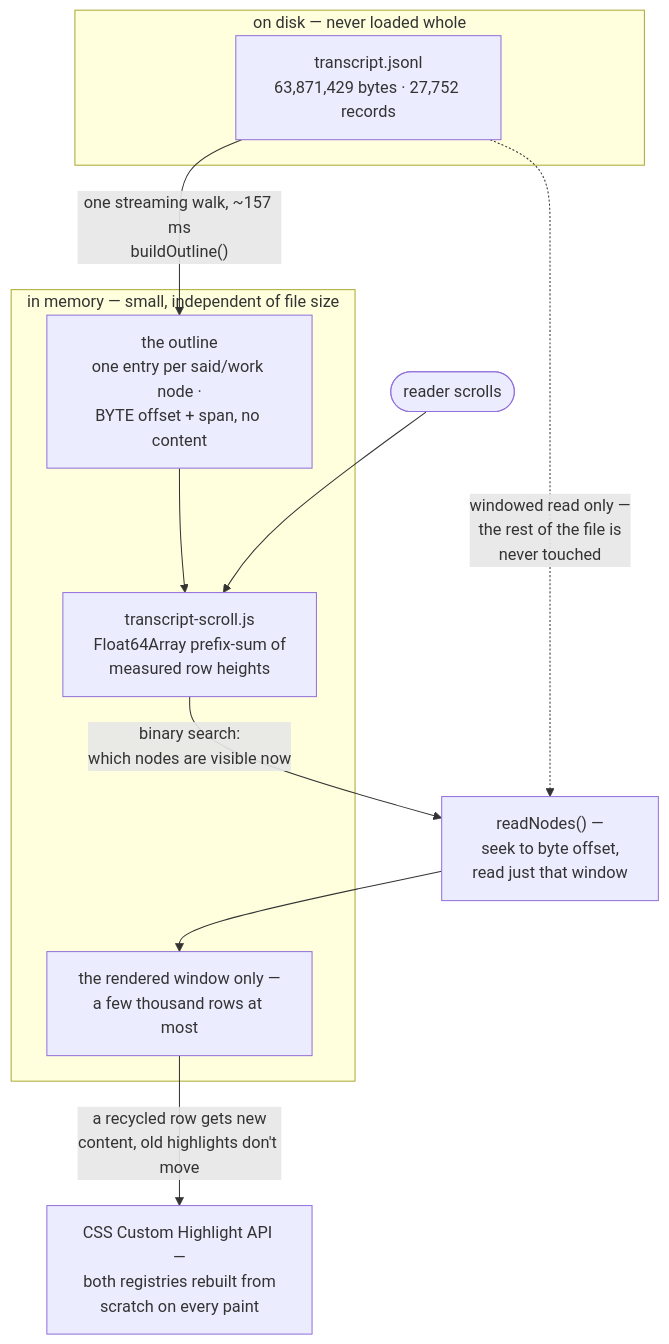
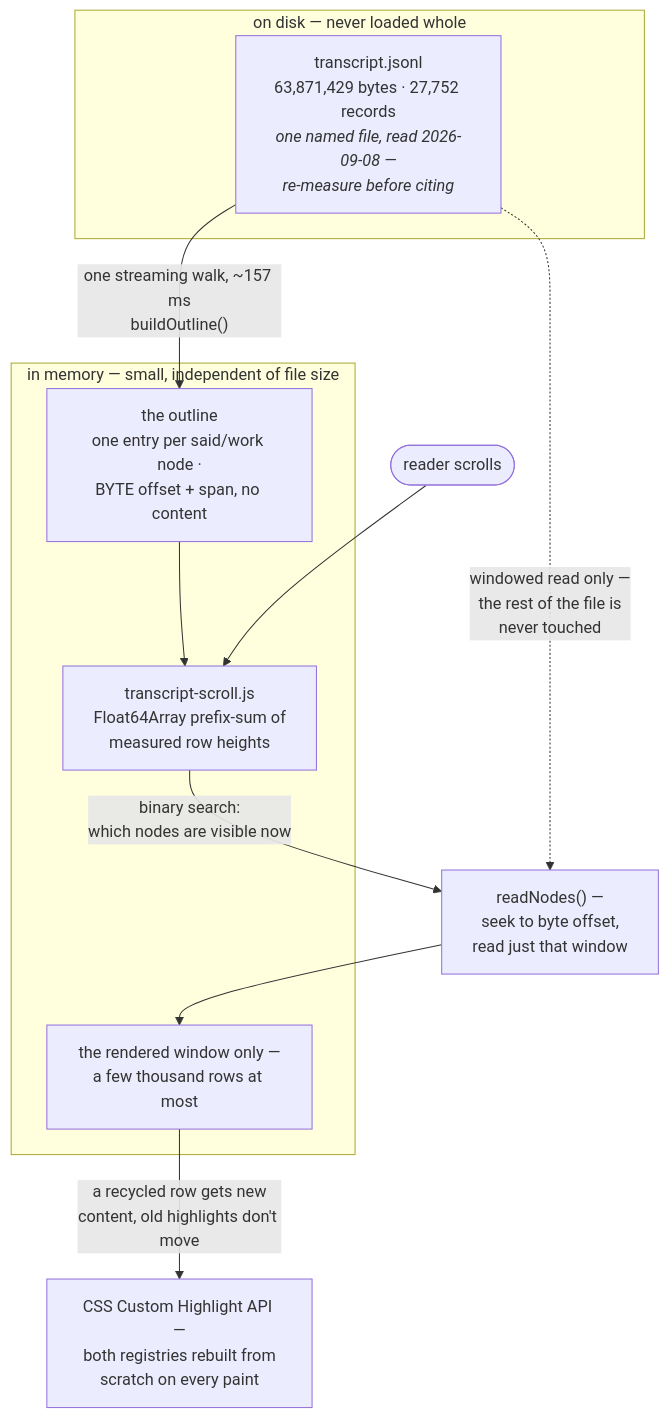
The third of 3 diagrams in docs/system/02-the-document-and-lane-viewer.md (Dudi-Bar-On/my-context), drawn with Mermaid before and after one commit. The commit also changed other lines of this file and 7 other files, not shown here.

First line of the commit message:
the verifier's own correction was wrong too, and the diagram it held up as correct carried the error on an edge

````diff
--- a/docs/system/02-the-document-and-lane-viewer.md
+++ b/docs/system/02-the-document-and-lane-viewer.md
@@ -164,18 +184,18 @@
 ```mermaid
 flowchart TB
   subgraph DISK["on disk — never loaded whole"]
-    FILE["transcript.jsonl<br/>63,871,429 bytes · 27,752 records"]
+    FILE["transcript.jsonl<br/>63,871,429 bytes · 27,752 records<br/><i>one named file, read 2026-09-08 —<br/>re-measure before citing</i>"]
   end
   FILE -->|"one streaming walk, ~157 ms<br/>buildOutline()"| OUT
   subgraph MEM["in memory — small, independent of file size"]
     OUT["the outline<br/>one entry per said/work node ·<br/>BYTE offset + span, no content"]
     HEIGHTS["transcript-scroll.js<br/>Float64Array prefix-sum of<br/>measured row heights"]
     WINDOW["the rendered window only —<br/>a few thousand rows at most"]
   end
   OUT --> HEIGHTS
   READER(["reader scrolls"]) --> HEIGHTS
   HEIGHTS -->|"binary search:<br/>which nodes are visible now"| SEEK["readNodes() —<br/>seek to byte offset,<br/>read just that window"]
   FILE -.->|"windowed read only —<br/>the rest of the file is<br/>never touched"| SEEK
   SEEK --> WINDOW
   WINDOW -->|"a recycled row gets new<br/>content, old highlights don't move"| HL["CSS Custom Highlight API —<br/>both registries rebuilt from<br/>scratch on every paint"]
 ```
````
